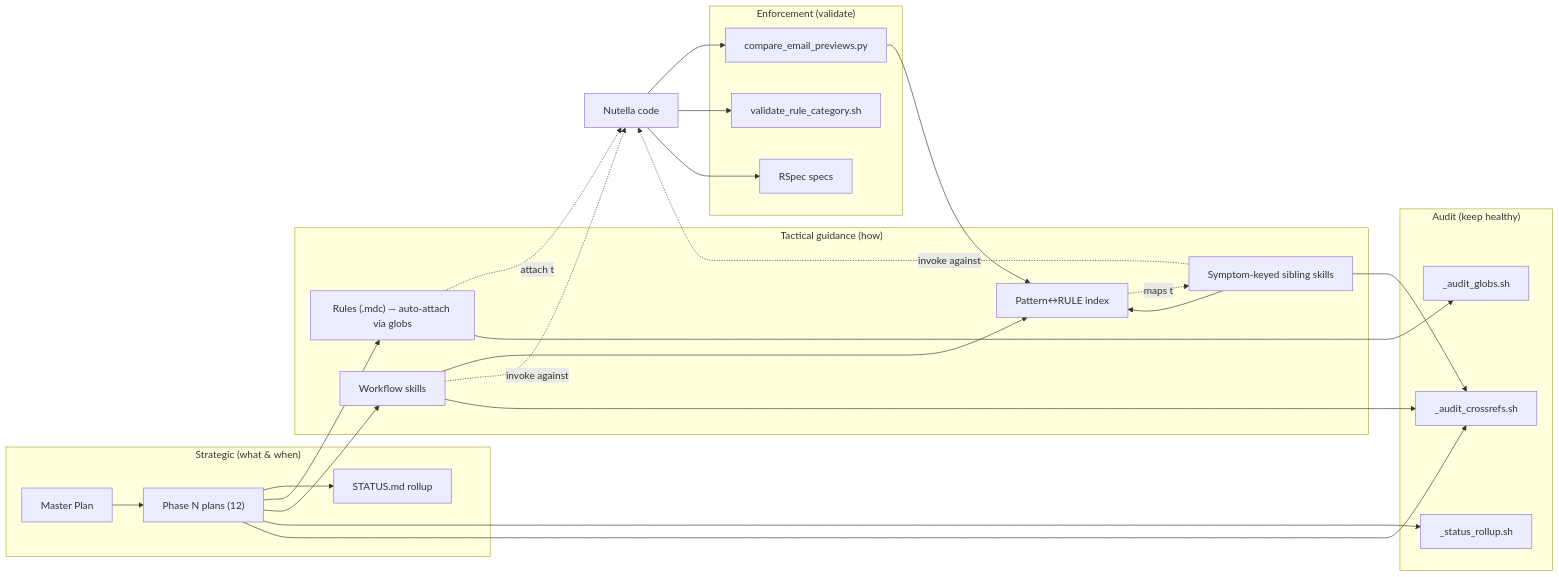
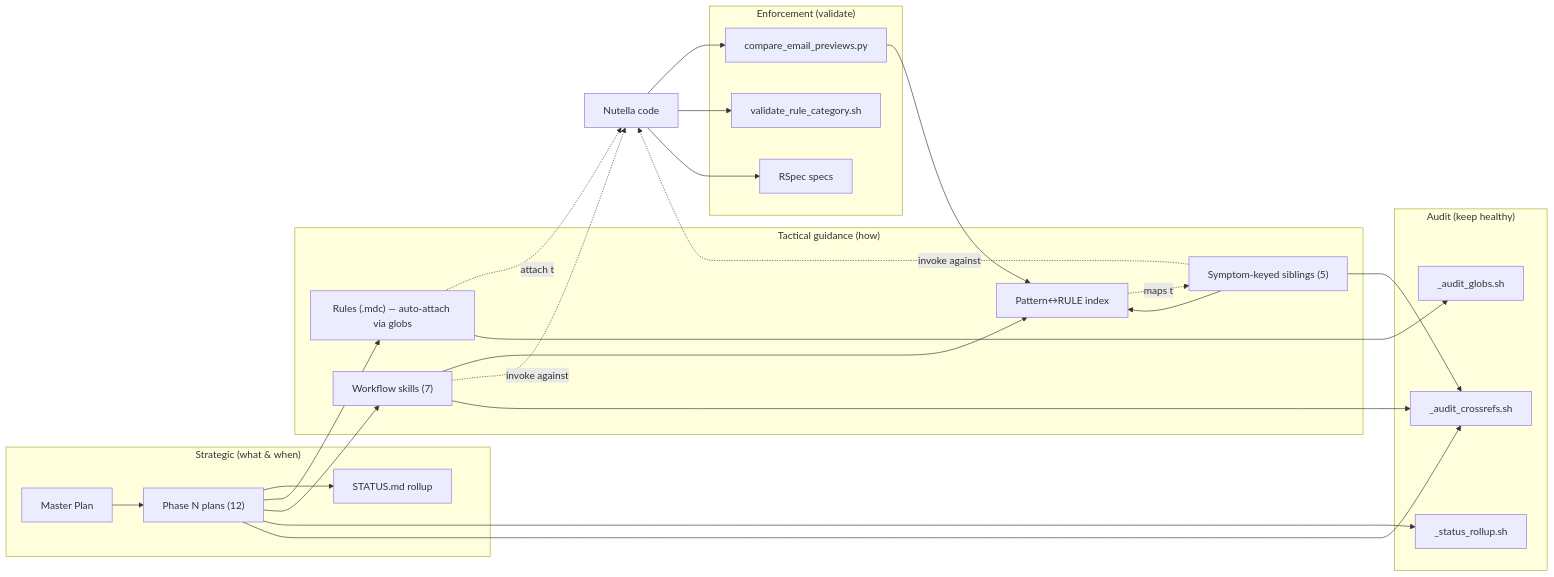
The diagram in docs/semantic-email-migration-artifacts.md (kbachuHighSpot/cursor-worklog), drawn with Mermaid before and after one commit. The commit also changed other lines of this file, not shown here.

````diff
--- a/docs/semantic-email-migration-artifacts.md
+++ b/docs/semantic-email-migration-artifacts.md
@@ -218,44 +267,44 @@
 ```mermaid
 flowchart LR
     subgraph "Strategic (what & when)"
       P1[Master Plan] --> P2["Phase N plans (12)"]
       P2 --> S[STATUS.md rollup]
     end
 
     subgraph "Tactical guidance (how)"
       R1["Rules (.mdc) — auto-attach via globs"]
-      K1["Workflow skills"]
-      K2["Symptom-keyed sibling skills"]
+      K1["Workflow skills (7)"]
+      K2["Symptom-keyed siblings (5)"]
       K3["Pattern↔RULE index"]
       K1 --> K3
       K2 --> K3
     end
 
     subgraph "Enforcement (validate)"
       V1[compare_email_previews.py]
       V2[validate_rule_category.sh]
       V3[RSpec specs]
     end
 
     P2 --> R1
     P2 --> K1
     R1 -.attach to.-> CODE[Nutella code]
     K1 -.invoke against.-> CODE
     K2 -.invoke against.-> CODE
     CODE --> V1
     CODE --> V2
     CODE --> V3
     V1 --> K3
     K3 -.maps to.-> K2
 
     subgraph "Audit (keep healthy)"
       A1[_status_rollup.sh]
       A2[_audit_globs.sh]
       A3[_audit_crossrefs.sh]
     end
     P2 --> A1
     R1 --> A2
     K1 --> A3
     K2 --> A3
     P2 --> A3
 ```
````
